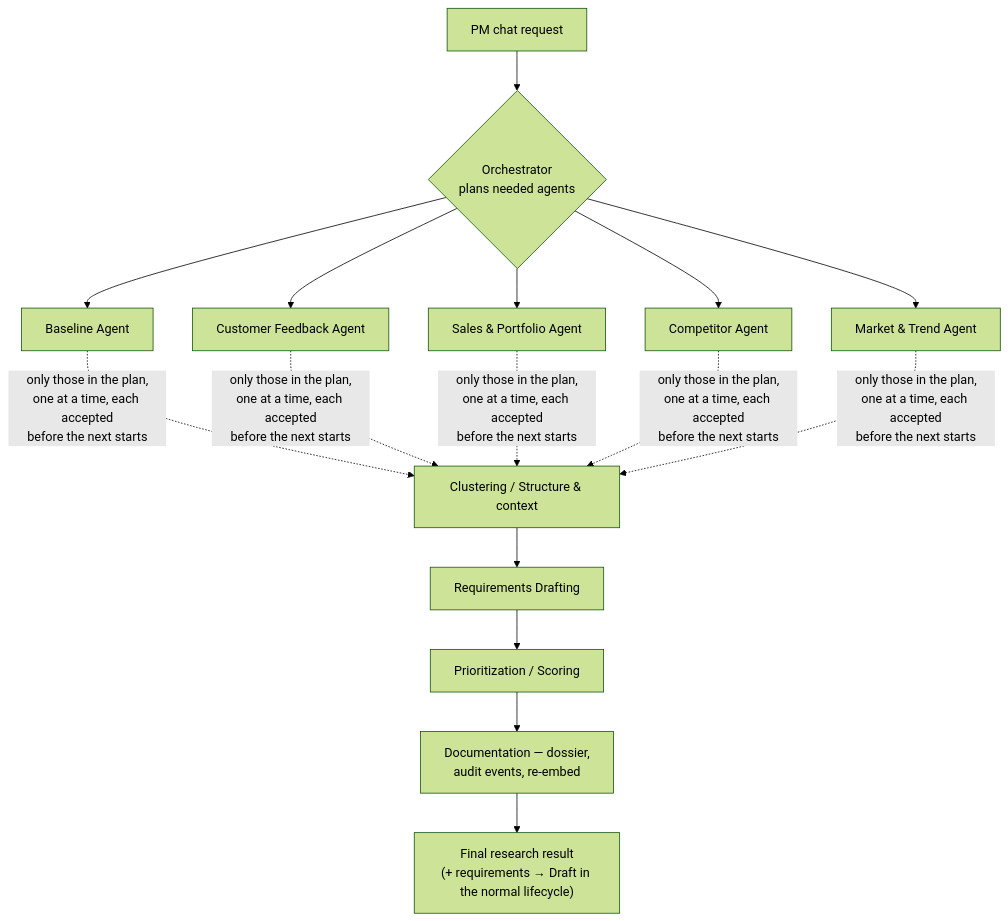
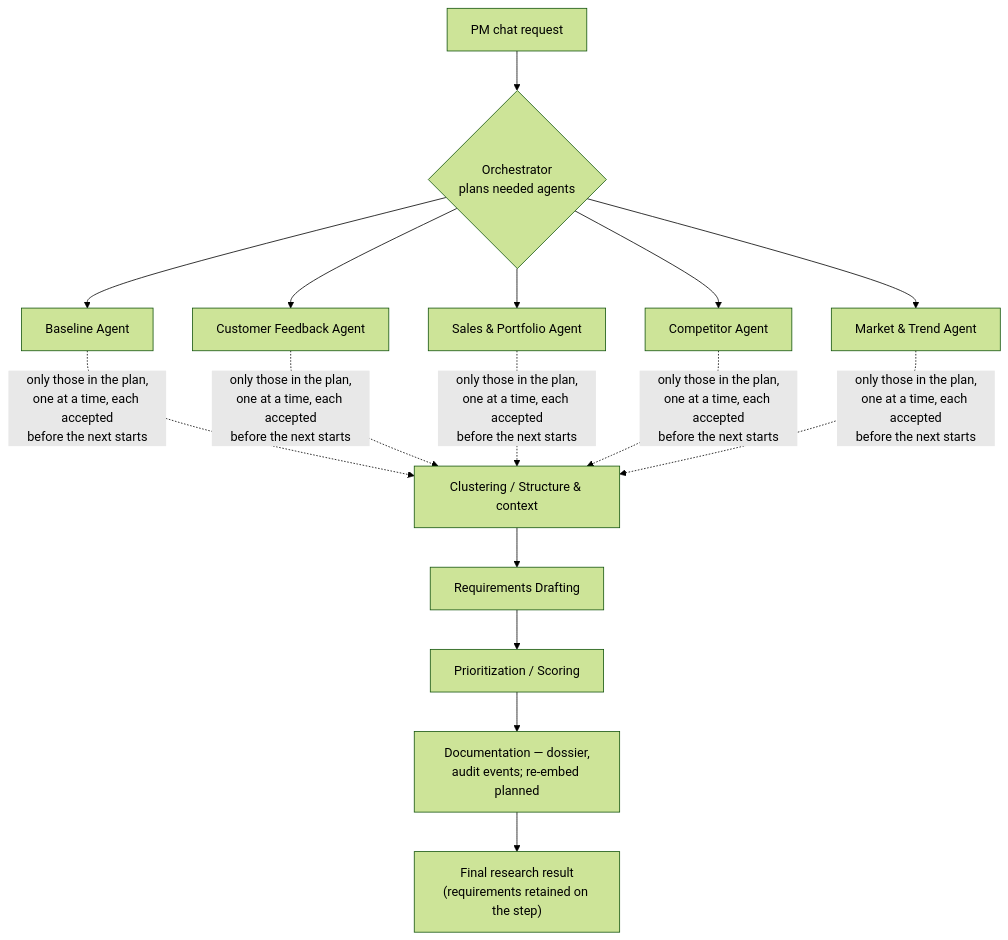
One commit to gabrielhansmann/attention_is_all_we_have changed the second of 2 diagrams in docs/architecture/02-orchestration-and-human-in-the-loop.md. Above: the diagram before and after it, drawn with Mermaid (forest theme). The commit also changed other lines of this file and 101 other files, not shown here.

````diff
--- a/docs/architecture/02-orchestration-and-human-in-the-loop.md
+++ b/docs/architecture/02-orchestration-and-human-in-the-loop.md
@@ -139,14 +145,14 @@
 ```mermaid
 flowchart TD
     Q["PM chat request"] --> ORCH{"Orchestrator<br/>plans needed agents"}
     ORCH --> A1[Baseline Agent]
     ORCH --> A2[Customer Feedback Agent]
     ORCH --> A3[Sales & Portfolio Agent]
     ORCH --> A4[Competitor Agent]
     ORCH --> A5[Market & Trend Agent]
     A1 & A2 & A3 & A4 & A5 -.->|only those in the plan,<br/>one at a time, each accepted<br/>before the next starts| SC[Clustering / Structure & context]
     SC --> RD[Requirements Drafting]
     RD --> PR[Prioritization / Scoring]
-    PR --> DOC[Documentation — dossier,<br/>audit events, re-embed]
-    DOC --> FV["Final research result<br/>(+ requirements → Draft in the normal lifecycle)"]
+    PR --> DOC[Documentation — dossier,<br/>audit events; re-embed planned]
+    DOC --> FV["Final research result<br/>(requirements retained on the step)"]
 ```
````
